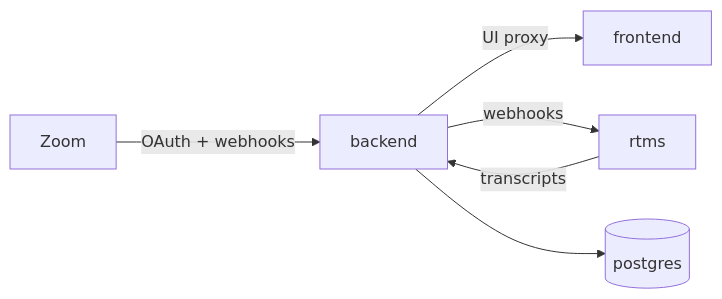
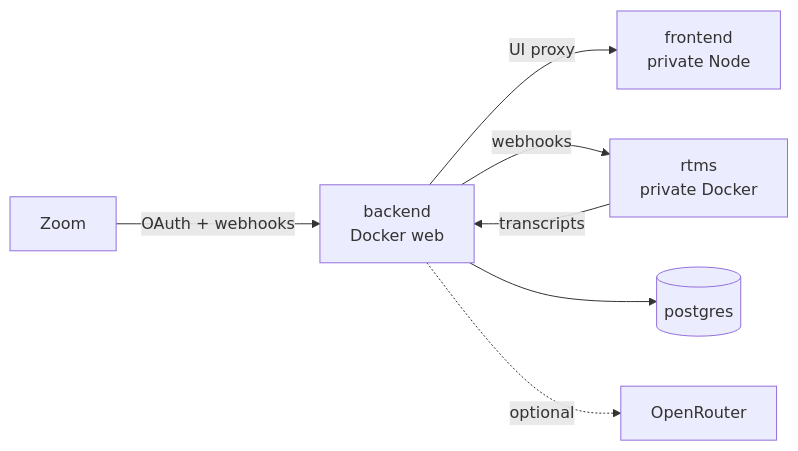
Before and after one commit to render-examples/arlo-render-template: the diagram in README.md, drawn with Mermaid. The commit also changed other lines of this file and 2 other files, not shown here.

````diff
--- a/README.md
+++ b/README.md
@@ -40,8 +49,9 @@
 ```mermaid
 flowchart LR
-  zoom["Zoom"] -->|OAuth + webhooks| backend["backend"]
-  backend -->|UI proxy| frontend["frontend"]
-  backend -->|webhooks| rtms["rtms"]
+  zoom["Zoom"] -->|OAuth + webhooks| backend["backend<br/>Docker web"]
+  backend -->|UI proxy| frontend["frontend<br/>private Node"]
+  backend -->|webhooks| rtms["rtms<br/>private Docker"]
   rtms -->|transcripts| backend
   backend --> db[("postgres")]
+  backend -.->|"optional"| openrouter["OpenRouter"]
 ```
````
